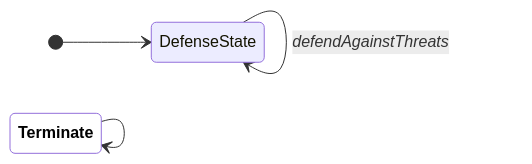
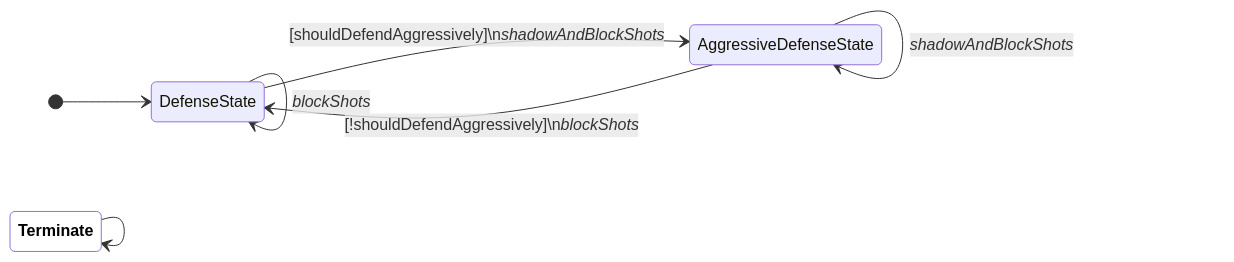
The fourth of 28 diagrams in docs/fsm-diagrams.md (UBC-Thunderbots/Software), drawn with Mermaid before and after one commit. The commit also changed other lines of this file and 15 other files, not shown here.

Commit message:
Shadow Defense Base (#3450)

````diff
--- a/docs/fsm-diagrams.md
+++ b/docs/fsm-diagrams.md
@@ -68,10 +68,13 @@
 ```mermaid
 
 stateDiagram-v2
 classDef terminate fill:white,color:black,font-weight:bold
 direction LR
 [*] --> DefenseState
-DefenseState --> DefenseState : <i>defendAgainstThreats</i>
+DefenseState --> AggressiveDefenseState : [shouldDefendAggressively]\n<i>shadowAndBlockShots</i>
+DefenseState --> DefenseState : <i>blockShots</i>
+AggressiveDefenseState --> DefenseState : [!shouldDefendAggressively]\n<i>blockShots</i>
+AggressiveDefenseState --> AggressiveDefenseState : <i>shadowAndBlockShots</i>
 Terminate:::terminate --> Terminate:::terminate
 
 ```
````
